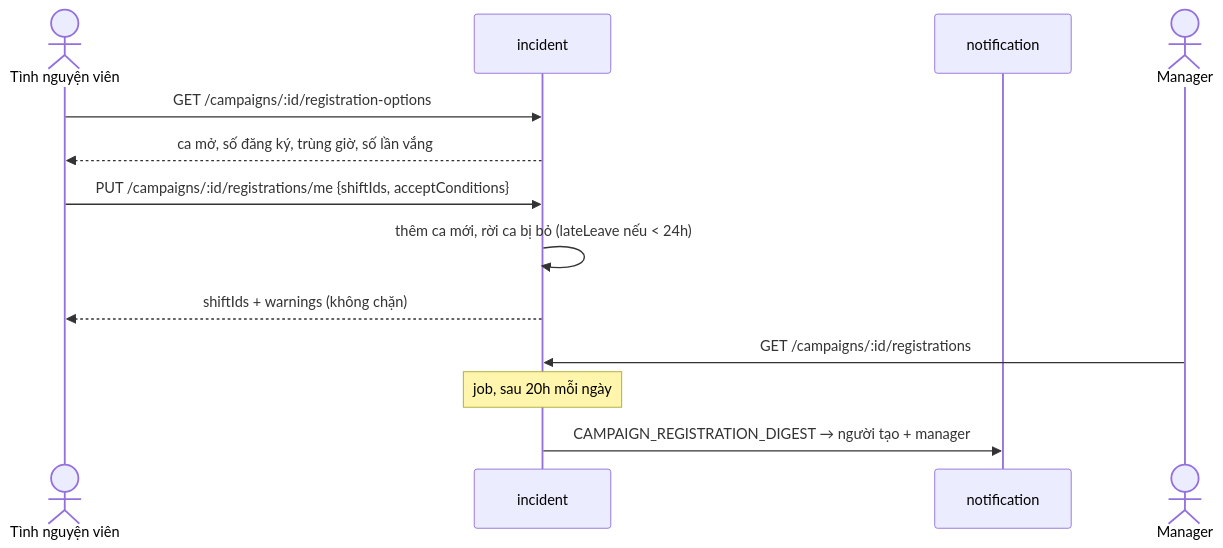
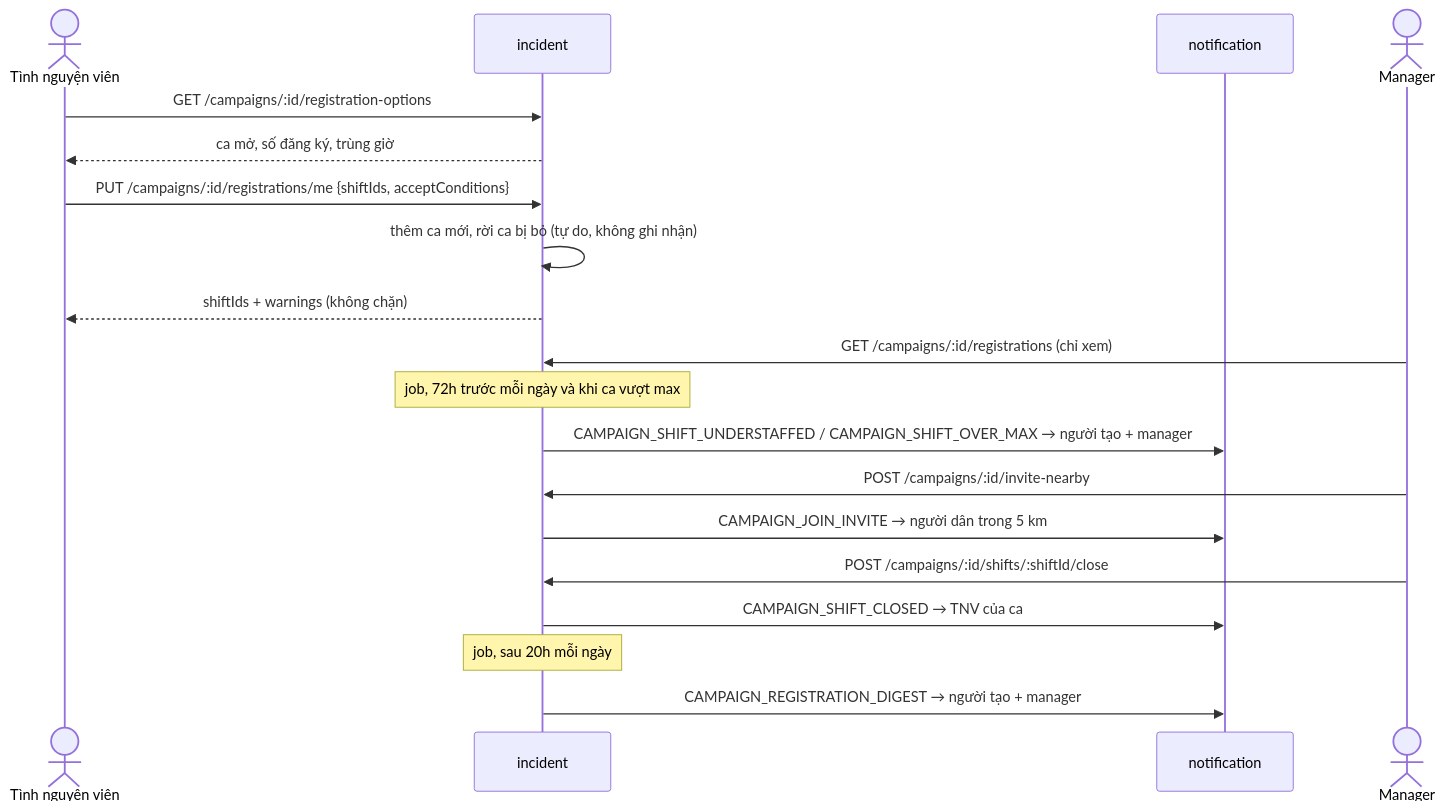
Diagram 18 of 26 in 02-business-flows.md (DOAN2-UQT-KN/ecolink-docs), drawn with Mermaid before and after one commit. The commit also changed other lines of this file and 9 other files, not shown here.

Commit message:
docs: rời ca tự do, báo thiếu/vượt người, mời lại, tắt ca

````diff
--- a/02-business-flows.md
+++ b/02-business-flows.md
@@ -775,15 +779,21 @@
 ```mermaid
 sequenceDiagram
   actor V as Tình nguyện viên
   participant INC as incident
   participant NS as notification
   actor M as Manager
   V->>INC: GET /campaigns/:id/registration-options
-  INC-->>V: ca mở, số đăng ký, trùng giờ, số lần vắng
+  INC-->>V: ca mở, số đăng ký, trùng giờ
   V->>INC: PUT /campaigns/:id/registrations/me {shiftIds, acceptConditions}
-  INC->>INC: thêm ca mới, rời ca bị bỏ (lateLeave nếu < 24h)
+  INC->>INC: thêm ca mới, rời ca bị bỏ (tự do, không ghi nhận)
   INC-->>V: shiftIds + warnings (không chặn)
-  M->>INC: GET /campaigns/:id/registrations
+  M->>INC: GET /campaigns/:id/registrations (chỉ xem)
+  Note over INC: job, 72h trước mỗi ngày và khi ca vượt max
+  INC->>NS: CAMPAIGN_SHIFT_UNDERSTAFFED / CAMPAIGN_SHIFT_OVER_MAX → người tạo + manager
+  M->>INC: POST /campaigns/:id/invite-nearby
+  INC->>NS: CAMPAIGN_JOIN_INVITE → người dân trong 5 km
+  M->>INC: POST /campaigns/:id/shifts/:shiftId/close
+  INC->>NS: CAMPAIGN_SHIFT_CLOSED → TNV của ca
   Note over INC: job, sau 20h mỗi ngày
   INC->>NS: CAMPAIGN_REGISTRATION_DIGEST → người tạo + manager
 ```
````
